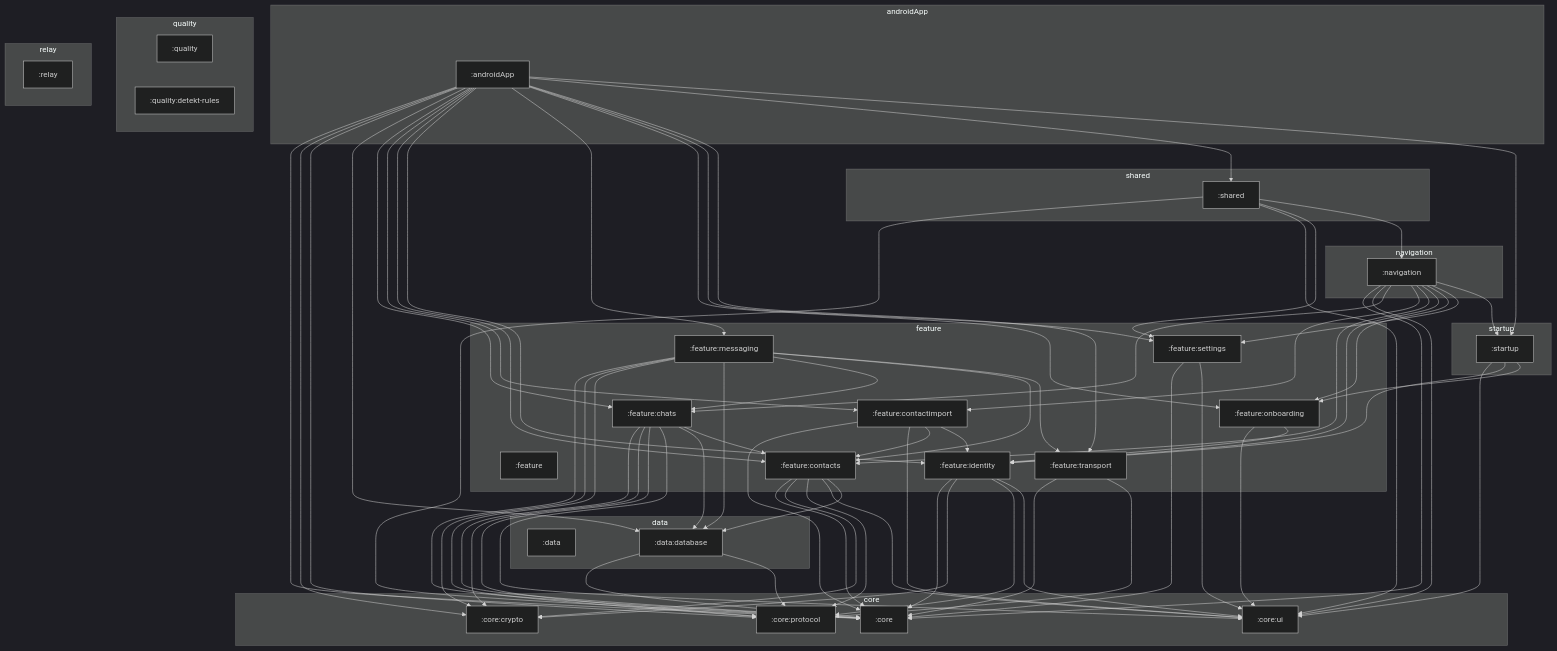
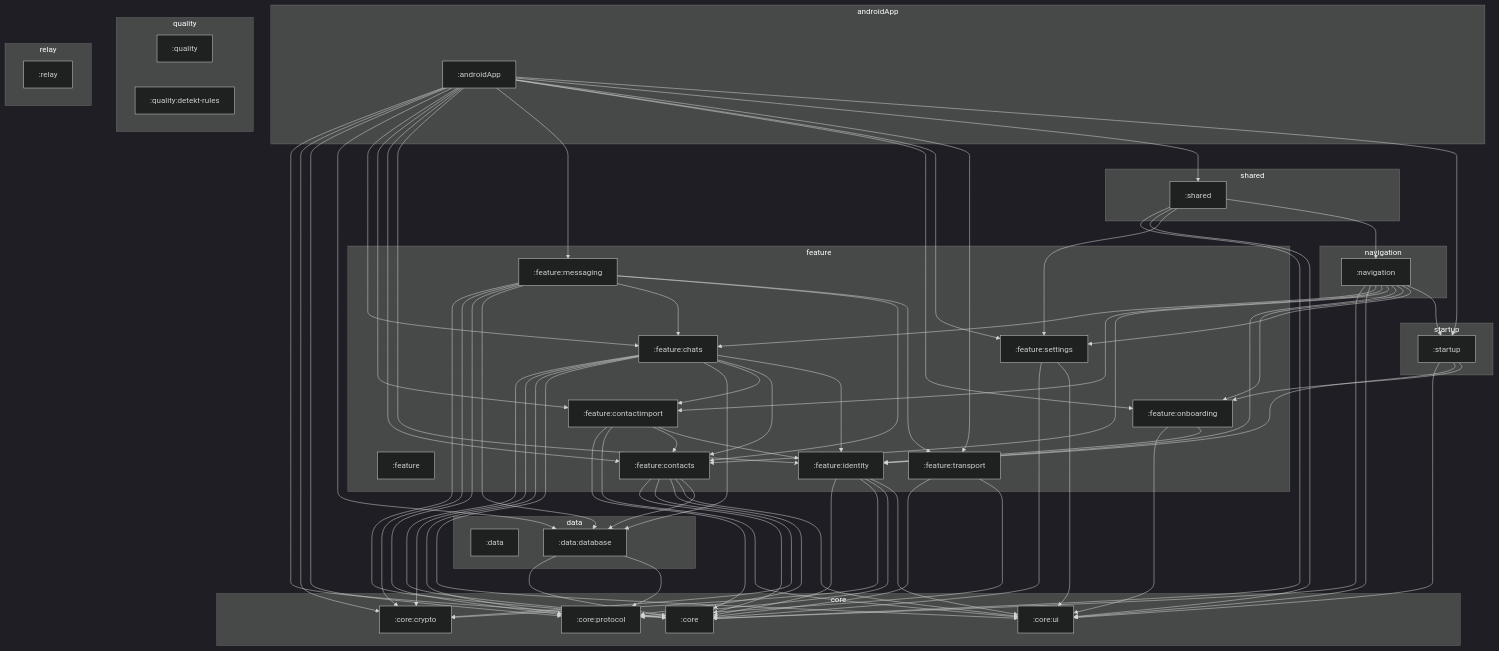
The diagram in docs/generated/architecture.md (cbgm/SecureChat), drawn with Mermaid (dark theme) before and after one commit. The commit also changed other lines of this file and 15 other files, not shown here.

```diff
--- a/docs/generated/architecture.md
+++ b/docs/generated/architecture.md
@@ -139,7 +139,9 @@
     module_feature_chats --> module_core_protocol
     module_feature_chats --> module_core_ui
     module_feature_chats --> module_data_database
+    module_feature_chats --> module_feature_contactimport
     module_feature_chats --> module_feature_contacts
+    module_feature_chats --> module_feature_identity
     module_feature_contactimport --> module_core
     module_feature_contactimport --> module_core_ui
     module_feature_contactimport --> module_feature_contacts
```
